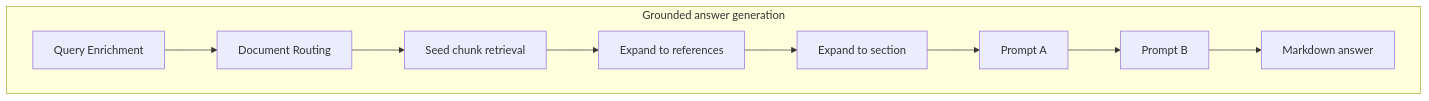
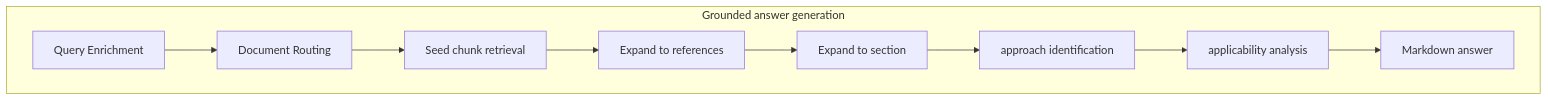
Before and after one commit to pgirolami/ifrs-expert: the second of 2 diagrams in docs/ARCHITECTURE.md, drawn with Mermaid. The commit also changed other lines of this file and 3 other files, not shown here.

````diff
--- a/docs/ARCHITECTURE.md
+++ b/docs/ARCHITECTURE.md
@@ -54,7 +54,7 @@
 ```mermaid
 flowchart
       subgraph P2[Grounded answer generation]
       direction LR
-       Q[Query Enrichment] --> DR[Document Routing] --> SCR[Seed chunk retrieval] --> RE[Expand to references] --> SE[Expand to section] --> PA[Prompt A] --> PB[Prompt B] --> MDA[Markdown answer]
+       Q[Query Enrichment] --> DR[Document Routing] --> SCR[Seed chunk retrieval] --> RE[Expand to references] --> SE[Expand to section] --> PA[approach identification] --> PB[applicability analysis] --> MDA[Markdown answer]
       end
 ```
````
